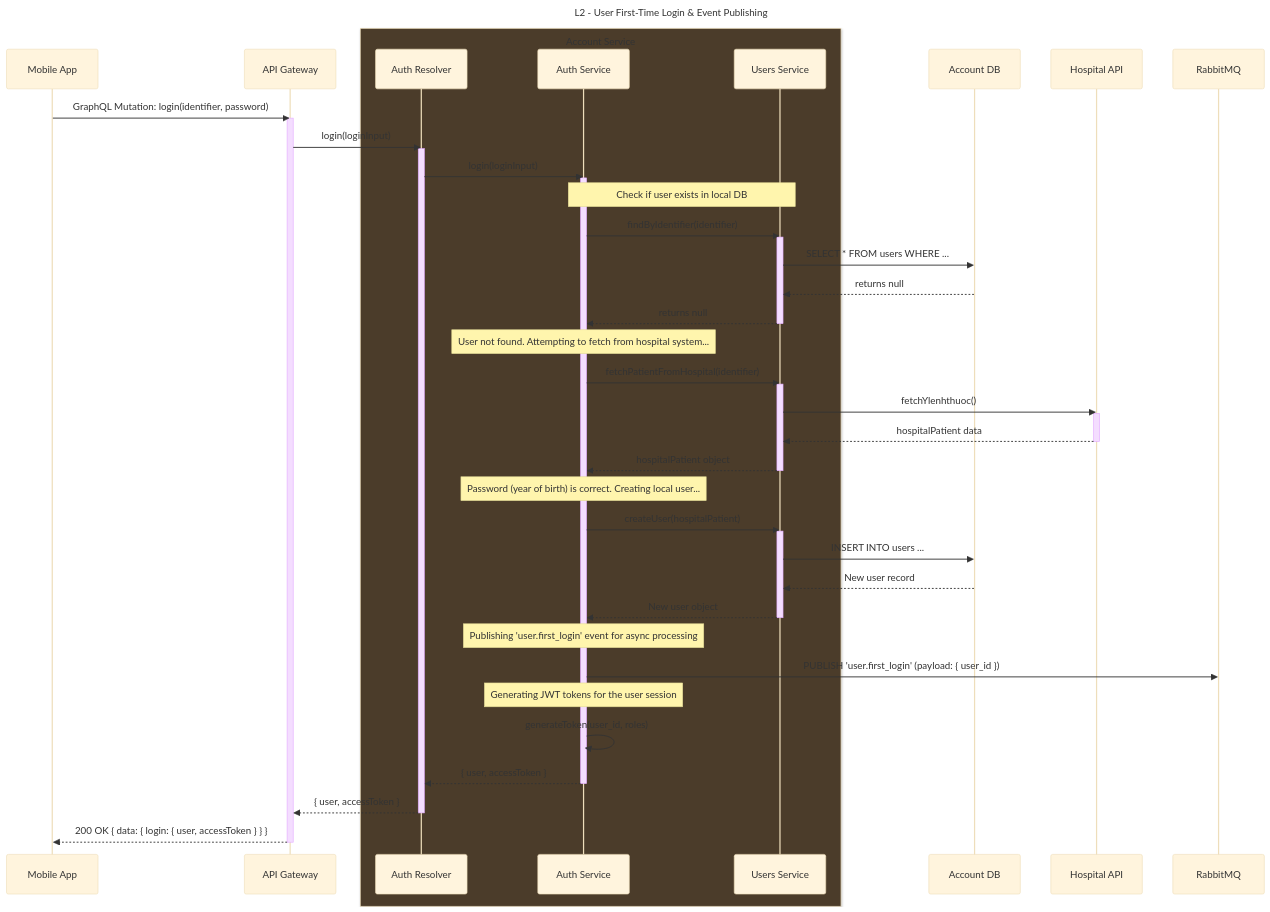
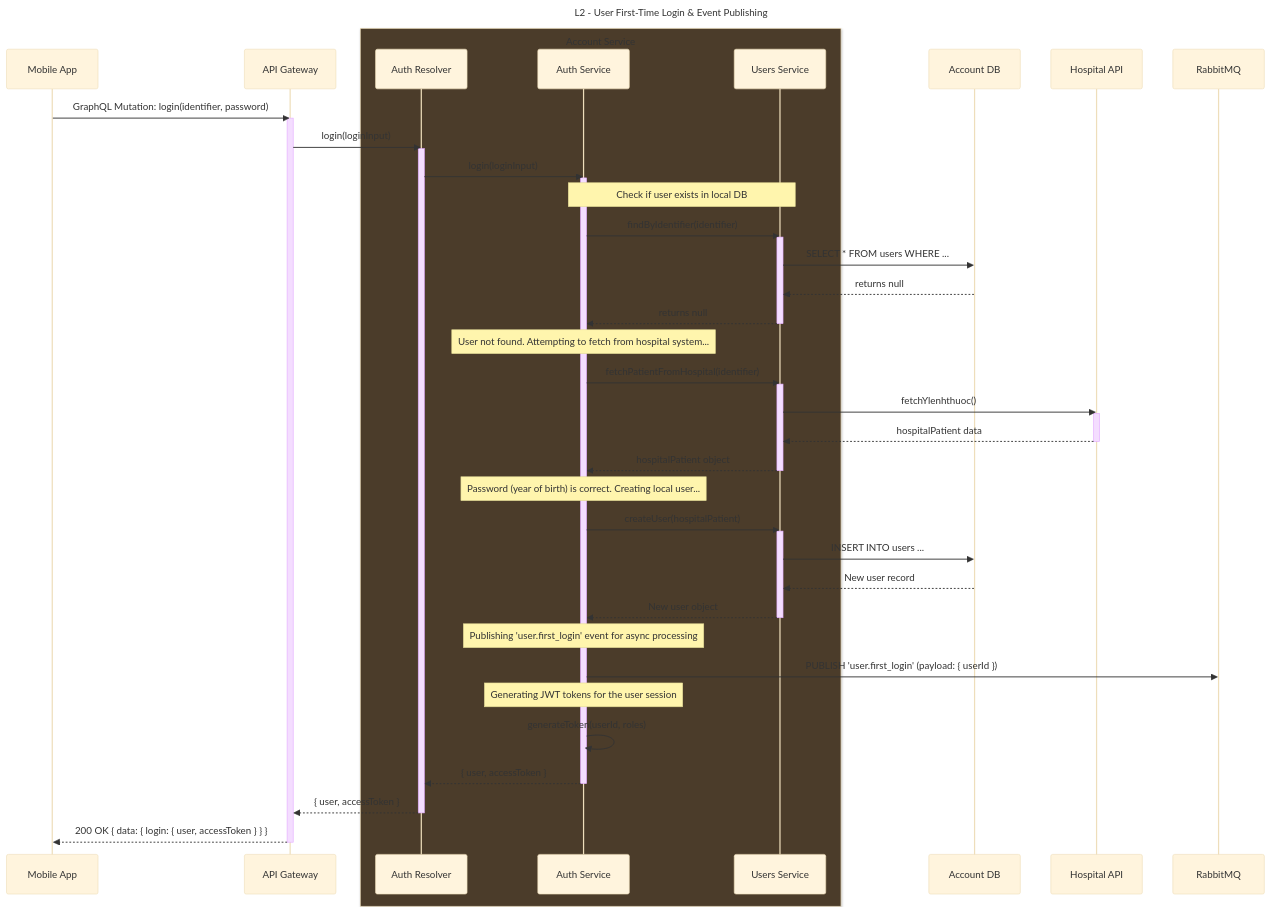
One commit to Nouu188/Hsoft-App changed the diagram in docs/02_Business_Flows/01_User_Onboarding/SD_First_Time_Login.md. Above: the diagram before and after it, drawn with Mermaid (base theme). The commit also changed other lines of this file and 95 other files, not shown here.

````diff
--- a/docs/02_Business_Flows/01_User_Onboarding/SD_First_Time_Login.md
+++ b/docs/02_Business_Flows/01_User_Onboarding/SD_First_Time_Login.md
@@ -33,63 +33,63 @@
 ```mermaid
 sequenceDiagram
     title L2 - User First-Time Login & Event Publishing
 
     participant Mobile App
     participant API Gateway
     box rgba(75, 60, 42, 1) Account Service
         participant Auth Resolver
         participant Auth Service
         participant Users Service
     end
     participant Account DB
     participant Hospital API
     participant RabbitMQ
 
     Mobile App->>API Gateway: GraphQL Mutation: login(identifier, password)
     activate API Gateway
     API Gateway->>Auth Resolver: login(loginInput)
     activate Auth Resolver
 
     Auth Resolver->>Auth Service: login(loginInput)
     activate Auth Service
 
     note over Auth Service, Users Service: Check if user exists in local DB
     Auth Service->>Users Service: findByIdentifier(identifier)
     activate Users Service
     Users Service->>Account DB: SELECT * FROM users WHERE ...
     Account DB-->>Users Service: returns null
     Users Service-->>Auth Service: returns null
     deactivate Users Service
 
     note over Auth Service: User not found. Attempting to fetch from hospital system...
     Auth Service->>Users Service: fetchPatientFromHospital(identifier)
     activate Users Service
     Users Service->>Hospital API: fetchYlenhthuoc()
     activate Hospital API
     Hospital API-->>Users Service: hospitalPatient data
     deactivate Hospital API
     Users Service-->>Auth Service: hospitalPatient object
     deactivate Users Service
 
     note over Auth Service: Password (year of birth) is correct. Creating local user...
     Auth Service->>Users Service: createUser(hospitalPatient)
     activate Users Service
     Users Service->>Account DB: INSERT INTO users ...
     Account DB-->>Users Service: New user record
     Users Service-->>Auth Service: New user object
     deactivate Users Service
 
     note over Auth Service: Publishing 'user.first_login' event for async processing
-    Auth Service->>RabbitMQ: PUBLISH 'user.first_login' (payload: { user_id })
+    Auth Service->>RabbitMQ: PUBLISH 'user.first_login' (payload: { userId })
     
     note over Auth Service: Generating JWT tokens for the user session
-    Auth Service->>Auth Service: generateToken(user_id, roles)
+    Auth Service->>Auth Service: generateToken(userId, roles)
     Auth Service-->>Auth Resolver: { user, accessToken }
     deactivate Auth Service
     
     Auth Resolver-->>API Gateway: { user, accessToken }
     deactivate Auth Resolver
     API Gateway-->>Mobile App: 200 OK { data: { login: { user, accessToken } } }
     deactivate API Gateway
 
 ```
````
